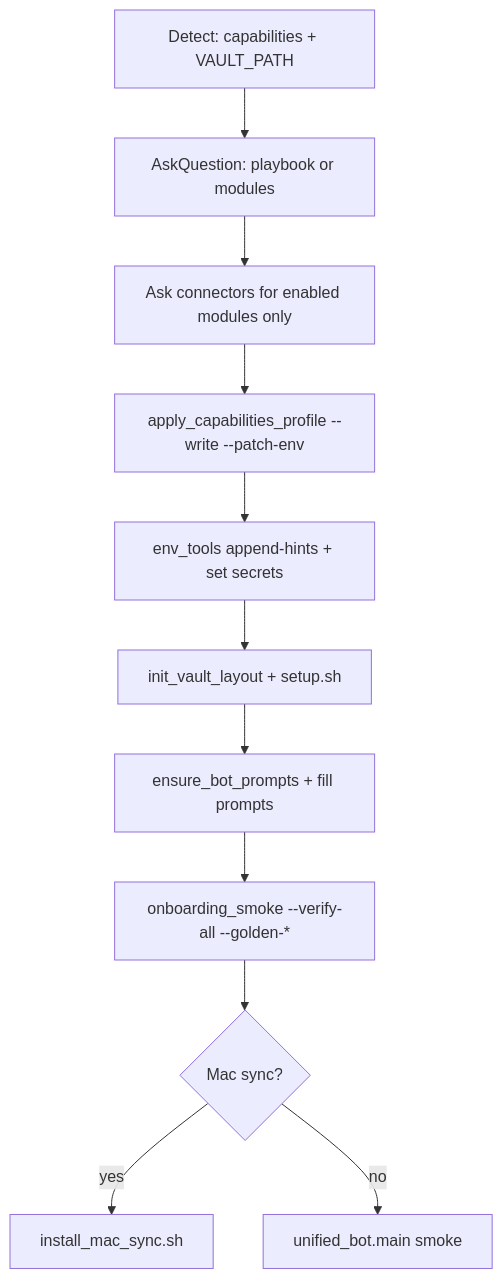
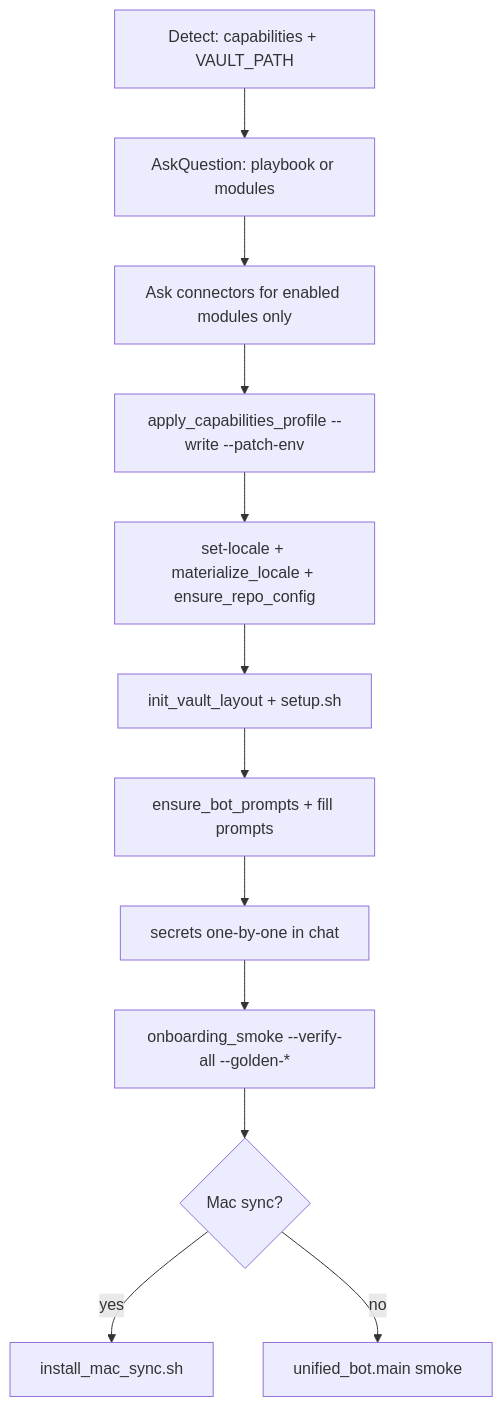
One commit to aeshef/obsidian-agent changed the diagram in .cursor/skills/obsidian-agent-onboarding/SKILL.md. Above: the diagram before and after it, drawn with Mermaid. The commit also changed other lines of this file and 12 other files, not shown here.

First line of the commit message:
fix(onboarding): /setup command, locale order, module-scoped layout

````diff
--- a/.cursor/skills/obsidian-agent-onboarding/SKILL.md
+++ b/.cursor/skills/obsidian-agent-onboarding/SKILL.md
@@ -94,13 +101,14 @@
 ```mermaid
 flowchart TD
   A[Detect: capabilities + VAULT_PATH] --> B[AskQuestion: playbook or modules]
   B --> C[Ask connectors for enabled modules only]
   C --> D[apply_capabilities_profile --write --patch-env]
-  D --> E[env_tools append-hints + set secrets]
+  D --> E[set-locale + materialize_locale + ensure_repo_config]
   E --> F[init_vault_layout + setup.sh]
   F --> G[ensure_bot_prompts + fill prompts]
-  G --> H[onboarding_smoke --verify-all --golden-*]
-  H --> I{Mac sync?}
-  I -->|yes| J[install_mac_sync.sh]
-  I -->|no| K[unified_bot.main smoke]
+  G --> H[secrets one-by-one in chat]
+  H --> I[onboarding_smoke --verify-all --golden-*]
+  I --> J{Mac sync?}
+  J -->|yes| K[install_mac_sync.sh]
+  J -->|no| L[unified_bot.main smoke]
 ```
````
